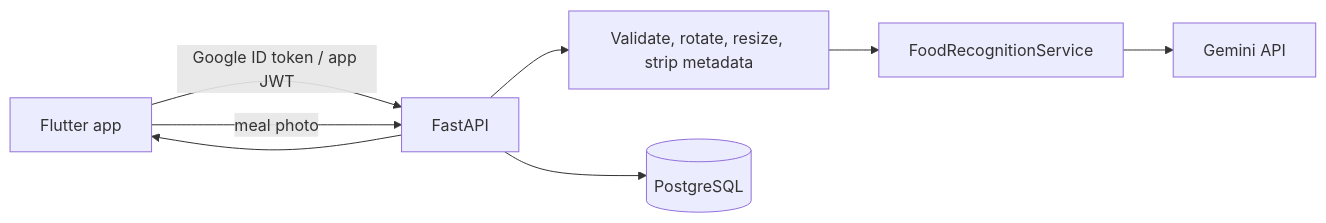
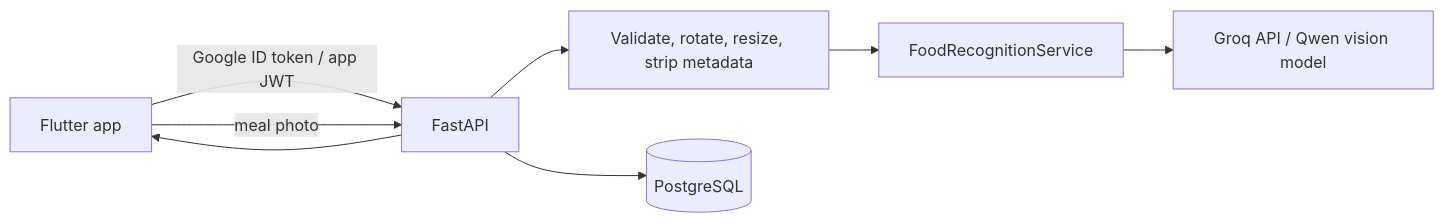
The diagram in README.md (Bruh-Fly/caloriestrack), drawn with Mermaid before and after one commit. The commit also changed other lines of this file and 7 other files, not shown here.

````diff
--- a/README.md
+++ b/README.md
@@ -7,10 +7,10 @@
 ```mermaid
 flowchart LR
   Flutter[Flutter app] -->|Google ID token / app JWT| API[FastAPI]
   Flutter -->|meal photo| API
   API --> Image[Validate, rotate, resize, strip metadata]
   Image --> Adapter[FoodRecognitionService]
-  Adapter --> Gemini[Gemini API]
+  Adapter --> Groq[Groq API / Qwen vision model]
   API --> DB[(PostgreSQL)]
   API --> Flutter
 ```
````
